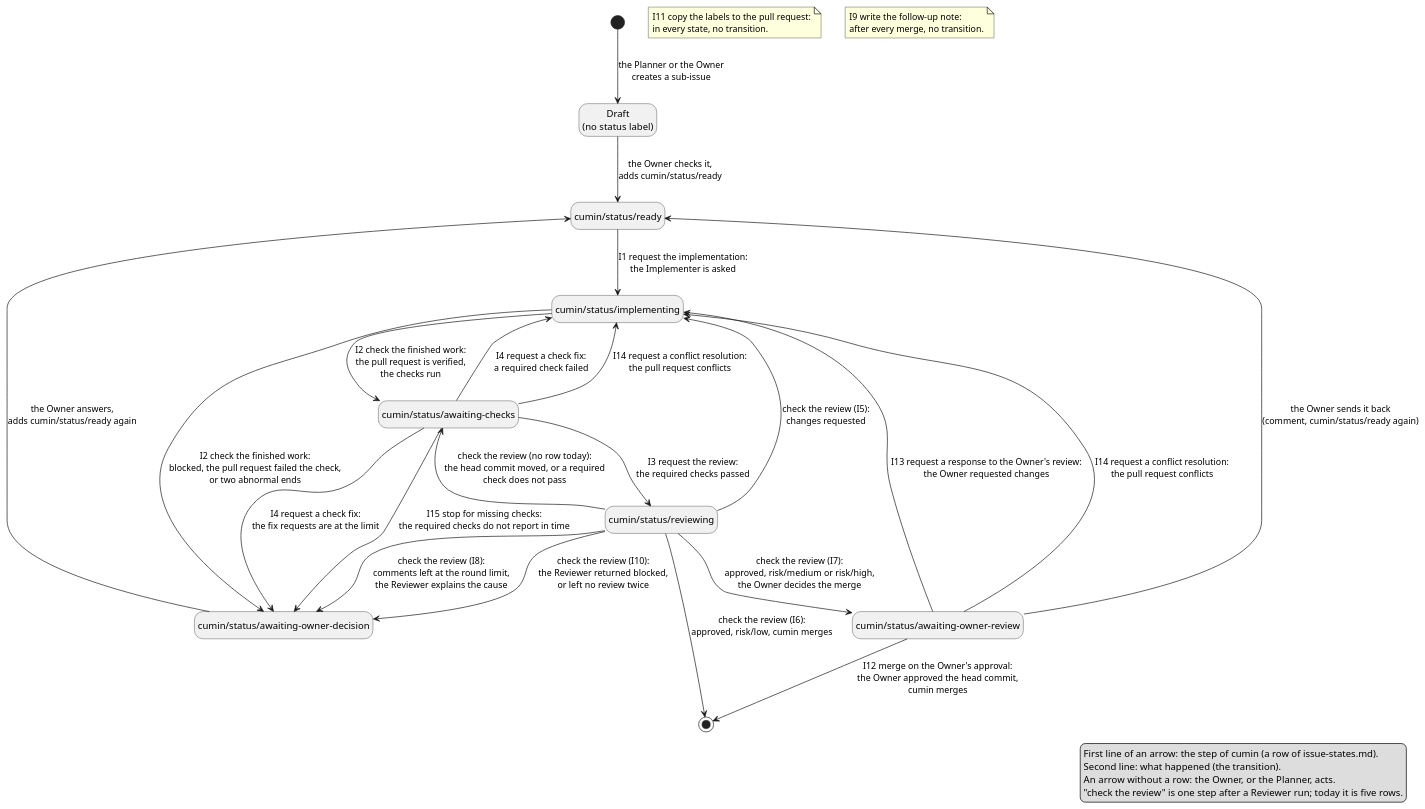
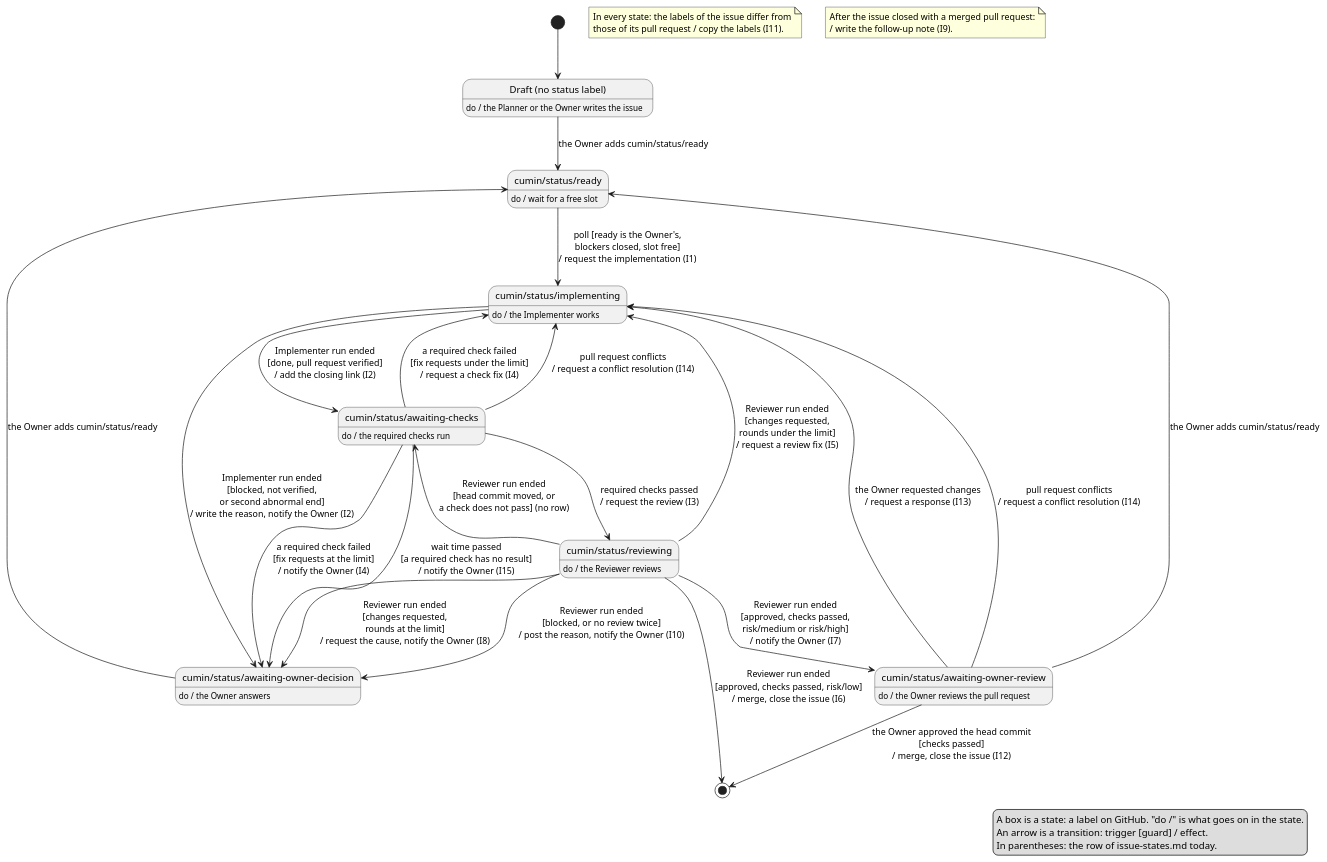
The diagram in docs/ja/requirements/workflow/implementation-issue-states.puml (cloveclovedev/cumin-works), drawn with PlantUML before and after one commit. The commit also changed 3 other files, not shown here.

First line of the commit message:
docs(requirements): draw the draft diagrams in the UML form: do-activity, trigger, guard, effect

```diff
--- a/docs/ja/requirements/workflow/implementation-issue-states.puml
+++ b/docs/ja/requirements/workflow/implementation-issue-states.puml
@@ -1,50 +1,62 @@
 @startuml implementation-issue-states
 ' cumin works - states of an implementation issue.
-' A state is a label on GitHub. Each arrow is one transition. Its first line names the step of cumin
-' that makes it (with the row of issue-states.md), and the second line says what happened.
-' One step can have several arrows. I9 and I11 change no state; they are notes.
+' A state is a label on GitHub. "do /" in a state says what goes on while the issue has the label.
+' A transition is written as in UML: trigger [guard] / effect. The row of issue-states.md stands in
+' parentheses at the end. I9 and I11 change no state; they are notes.
 ' Render: run scripts/render-diagrams.sh at the root of the repository.
 
 hide empty description
 
-state "Draft\n(no status label)" as Draft
+state "Draft (no status label)" as Draft
+Draft : do / the Planner or the Owner writes the issue
+
 state "cumin/status/ready" as Ready
+Ready : do / wait for a free slot
+
 state "cumin/status/implementing" as Implementing
+Implementing : do / the Implementer works
+
 state "cumin/status/awaiting-checks" as Checks
+Checks : do / the required checks run
+
 state "cumin/status/reviewing" as Reviewing
+Reviewing : do / the Reviewer reviews
+
 state "cumin/status/awaiting-owner-review" as OwnerReview
+OwnerReview : do / the Owner reviews the pull request
+
 state "cumin/status/awaiting-owner-decision" as Decision
+Decision : do / the Owner answers
 
-[*] --> Draft : the Planner or the Owner\ncreates a sub-issue
-Draft --> Ready : the Owner checks it,\nadds cumin/status/ready
-Ready --> Implementing : I1 request the implementation:\nthe Implementer is asked
-Implementing --> Checks : I2 check the finished work:\nthe pull request is verified,\nthe checks run
-Implementing --> Decision : I2 check the finished work:\nblocked, the pull request failed the check,\nor two abnormal ends
-Checks --> Reviewing : I3 request the review:\nthe required checks passed
-Checks --> Implementing : I4 request a check fix:\na required check failed
-Checks --> Decision : I4 request a check fix:\nthe fix requests are at the limit
-Checks --> Implementing : I14 request a conflict resolution:\nthe pull request conflicts
-Checks --> Decision : I15 stop for missing checks:\nthe required checks do not report in time
-Reviewing --> Implementing : check the review (I5):\nchanges requested
-Reviewing --> [*] : check the review (I6):\napproved, risk/low, cumin merges
-Reviewing --> OwnerReview : check the review (I7):\napproved, risk/medium or risk/high,\nthe Owner decides the merge
-Reviewing --> Decision : check the review (I8):\ncomments left at the round limit,\nthe Reviewer explains the cause
-Reviewing --> Decision : check the review (I10):\nthe Reviewer returned blocked,\nor left no review twice
-Reviewing --> Checks : check the review (no row today):\nthe head commit moved, or a required\ncheck does not pass
-OwnerReview --> [*] : I12 merge on the Owner's approval:\nthe Owner approved the head commit,\ncumin merges
-OwnerReview --> Implementing : I13 request a response to the Owner's review:\nthe Owner requested changes
-OwnerReview --> Implementing : I14 request a conflict resolution:\nthe pull request conflicts
-OwnerReview --> Ready : the Owner sends it back\n(comment, cumin/status/ready again)
-Decision --> Ready : the Owner answers,\nadds cumin/status/ready again
+[*] --> Draft
+Draft --> Ready : the Owner adds cumin/status/ready
+Ready --> Implementing : poll [ready is the Owner's,\nblockers closed, slot free]\n/ request the implementation (I1)
+Implementing --> Checks : Implementer run ended\n[done, pull request verified]\n/ add the closing link (I2)
+Implementing --> Decision : Implementer run ended\n[blocked, not verified,\nor second abnormal end]\n/ write the reason, notify the Owner (I2)
+Checks --> Reviewing : required checks passed\n/ request the review (I3)
+Checks --> Implementing : a required check failed\n[fix requests under the limit]\n/ request a check fix (I4)
+Checks --> Decision : a required check failed\n[fix requests at the limit]\n/ notify the Owner (I4)
+Checks --> Implementing : pull request conflicts\n/ request a conflict resolution (I14)
+Checks --> Decision : wait time passed\n[a required check has no result]\n/ notify the Owner (I15)
+Reviewing --> Implementing : Reviewer run ended\n[changes requested,\nrounds under the limit]\n/ request a review fix (I5)
+Reviewing --> [*] : Reviewer run ended\n[approved, checks passed, risk/low]\n/ merge, close the issue (I6)
+Reviewing --> OwnerReview : Reviewer run ended\n[approved, checks passed,\nrisk/medium or risk/high]\n/ notify the Owner (I7)
+Reviewing --> Decision : Reviewer run ended\n[changes requested,\nrounds at the limit]\n/ request the cause, notify the Owner (I8)
+Reviewing --> Decision : Reviewer run ended\n[blocked, or no review twice]\n/ post the reason, notify the Owner (I10)
+Reviewing --> Checks : Reviewer run ended\n[head commit moved, or\na check does not pass] (no row)
+OwnerReview --> [*] : the Owner approved the head commit\n[checks passed]\n/ merge, close the issue (I12)
+OwnerReview --> Implementing : the Owner requested changes\n/ request a response (I13)
+OwnerReview --> Implementing : pull request conflicts\n/ request a conflict resolution (I14)
+OwnerReview --> Ready : the Owner adds cumin/status/ready
+Decision --> Ready : the Owner adds cumin/status/ready
 
-note "I11 copy the labels to the pull request:\nin every state, no transition." as I11
-note "I9 write the follow-up note:\nafter every merge, no transition." as I9
+note "In every state: the labels of the issue differ from\nthose of its pull request / copy the labels (I11)." as I11
+note "After the issue closed with a merged pull request:\n/ write the follow-up note (I9)." as I9
 
 legend right
-  First line of an arrow: the step of cumin (a row of issue-states.md).
-  Second line: what happened (the transition).
-  An arrow without a row: the Owner, or the Planner, acts.
-  "check the review" is one step after a Reviewer run; today it is five rows.
+  A box is a state: a label on GitHub. "do /" is what goes on in the state.
+  An arrow is a transition: trigger [guard] / effect.
+  In parentheses: the row of issue-states.md today.
 endlegend
 
 @enduml
```
